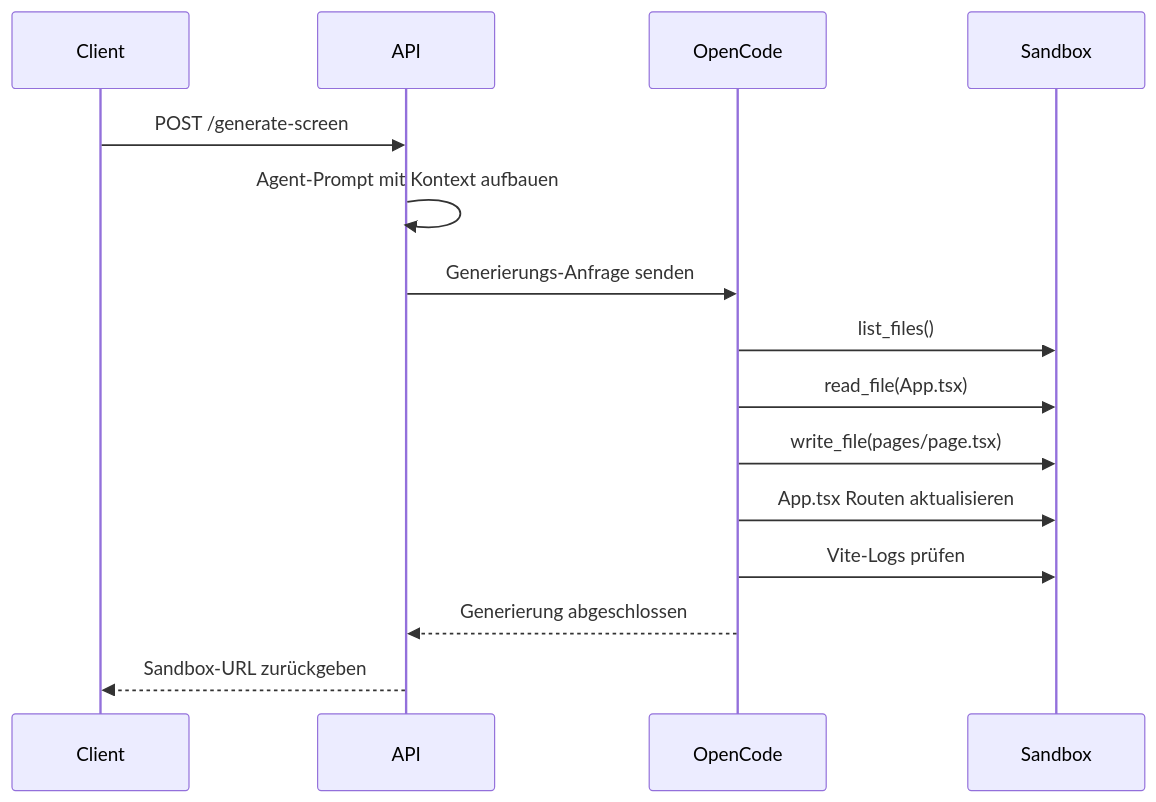
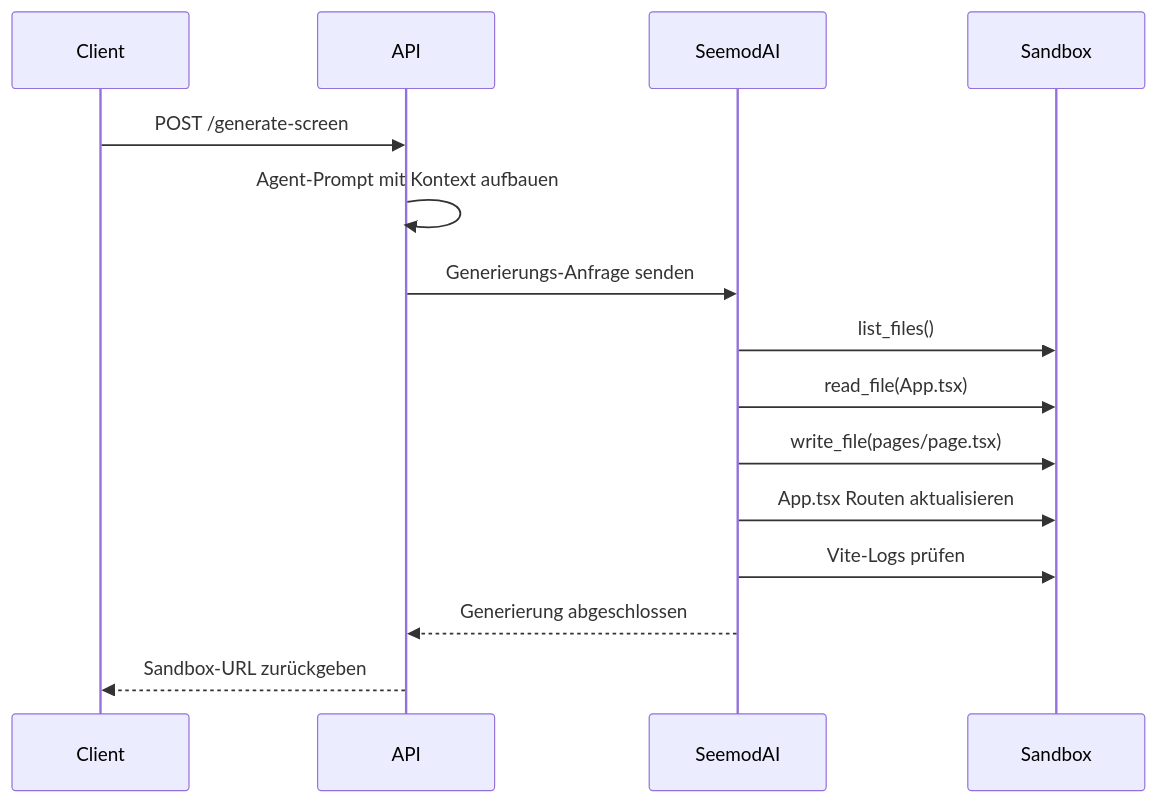
One commit to Seemodo/docs changed the diagram in de/api-reference/endpoint/generate-screen.mdx. Above: the diagram before and after it, drawn with Mermaid. The commit also changed other lines of this file and 23 other files, not shown here.

Commit message:
Update documentation to replace all instances of "OpenCode" with "Seemodo AI" across multiple files, including AGENTS.md, README.md, and various API reference documents, ensuring consistency with the new branding.

````diff
--- a/de/api-reference/endpoint/generate-screen.mdx
+++ b/de/api-reference/endpoint/generate-screen.mdx
@@ -129,18 +129,18 @@
 ```mermaid
 sequenceDiagram
     participant Client
     participant API
-    participant OpenCode
+    participant SeemodAI
     participant Sandbox
 
     Client->>API: POST /generate-screen
     API->>API: Agent-Prompt mit Kontext aufbauen
-    API->>OpenCode: Generierungs-Anfrage senden
-    OpenCode->>Sandbox: list_files()
-    OpenCode->>Sandbox: read_file(App.tsx)
-    OpenCode->>Sandbox: write_file(pages/page.tsx)
-    OpenCode->>Sandbox: App.tsx Routen aktualisieren
-    OpenCode->>Sandbox: Vite-Logs prüfen
-    OpenCode-->>API: Generierung abgeschlossen
+    API->>SeemodAI: Generierungs-Anfrage senden
+    SeemodAI->>Sandbox: list_files()
+    SeemodAI->>Sandbox: read_file(App.tsx)
+    SeemodAI->>Sandbox: write_file(pages/page.tsx)
+    SeemodAI->>Sandbox: App.tsx Routen aktualisieren
+    SeemodAI->>Sandbox: Vite-Logs prüfen
+    SeemodAI-->>API: Generierung abgeschlossen
     API-->>Client: Sandbox-URL zurückgeben
 ```
````
